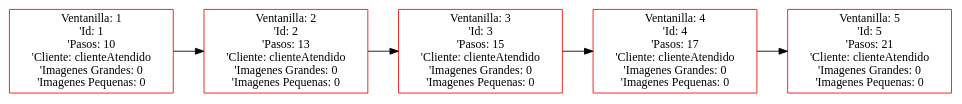
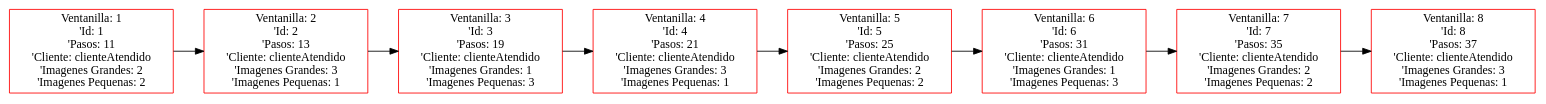
One commit to FranklinONP/EDD_PROYECTO_202200089 changed the diagram in Proyecto1/Proyecto1_202200089/Pruebas/PJ/Atendidos.dot. Above: the diagram before and after it, drawn with Graphviz. The commit also changed 18 other files, not shown here.

```diff
--- a/Proyecto1/Proyecto1_202200089/Pruebas/PJ/Atendidos.dot
+++ b/Proyecto1/Proyecto1_202200089/Pruebas/PJ/Atendidos.dot
@@ -1,12 +1,18 @@
  digraph G {
  rankdir=LR;
- node0 [label="Ventanilla: 1\n'Id: 1\n'Pasos: 10\n'Cliente: clienteAtendido\n'Imagenes Grandes: 0\n'Imagenes Pequenas: 0", color="red", shape="rectangle"];
- node1 [label="Ventanilla: 2\n'Id: 2\n'Pasos: 13\n'Cliente: clienteAtendido\n'Imagenes Grandes: 0\n'Imagenes Pequenas: 0", color="red", shape="rectangle"];
+ node0 [label="Ventanilla: 1\n'Id: 1\n'Pasos: 11\n'Cliente: clienteAtendido\n'Imagenes Grandes: 2\n'Imagenes Pequenas: 2", color="red", shape="rectangle"];
+ node1 [label="Ventanilla: 2\n'Id: 2\n'Pasos: 13\n'Cliente: clienteAtendido\n'Imagenes Grandes: 3\n'Imagenes Pequenas: 1", color="red", shape="rectangle"];
  node0 -> node1 [dir="forward"];
- node2 [label="Ventanilla: 3\n'Id: 3\n'Pasos: 15\n'Cliente: clienteAtendido\n'Imagenes Grandes: 0\n'Imagenes Pequenas: 0", color="red", shape="rectangle"];
+ node2 [label="Ventanilla: 3\n'Id: 3\n'Pasos: 19\n'Cliente: clienteAtendido\n'Imagenes Grandes: 1\n'Imagenes Pequenas: 3", color="red", shape="rectangle"];
  node1 -> node2 [dir="forward"];
- node3 [label="Ventanilla: 4\n'Id: 4\n'Pasos: 17\n'Cliente: clienteAtendido\n'Imagenes Grandes: 0\n'Imagenes Pequenas: 0", color="red", shape="rectangle"];
+ node3 [label="Ventanilla: 4\n'Id: 4\n'Pasos: 21\n'Cliente: clienteAtendido\n'Imagenes Grandes: 3\n'Imagenes Pequenas: 1", color="red", shape="rectangle"];
  node2 -> node3 [dir="forward"];
- node4 [label="Ventanilla: 5\n'Id: 5\n'Pasos: 21\n'Cliente: clienteAtendido\n'Imagenes Grandes: 0\n'Imagenes Pequenas: 0", color="red", shape="rectangle"];
+ node4 [label="Ventanilla: 5\n'Id: 5\n'Pasos: 25\n'Cliente: clienteAtendido\n'Imagenes Grandes: 2\n'Imagenes Pequenas: 2", color="red", shape="rectangle"];
  node3 -> node4 [dir="forward"];
+ node5 [label="Ventanilla: 6\n'Id: 6\n'Pasos: 31\n'Cliente: clienteAtendido\n'Imagenes Grandes: 1\n'Imagenes Pequenas: 3", color="red", shape="rectangle"];
+ node4 -> node5 [dir="forward"];
+ node6 [label="Ventanilla: 7\n'Id: 7\n'Pasos: 35\n'Cliente: clienteAtendido\n'Imagenes Grandes: 2\n'Imagenes Pequenas: 2", color="red", shape="rectangle"];
+ node5 -> node6 [dir="forward"];
+ node7 [label="Ventanilla: 8\n'Id: 8\n'Pasos: 37\n'Cliente: clienteAtendido\n'Imagenes Grandes: 3\n'Imagenes Pequenas: 1", color="red", shape="rectangle"];
+ node6 -> node7 [dir="forward"];
  }
```
